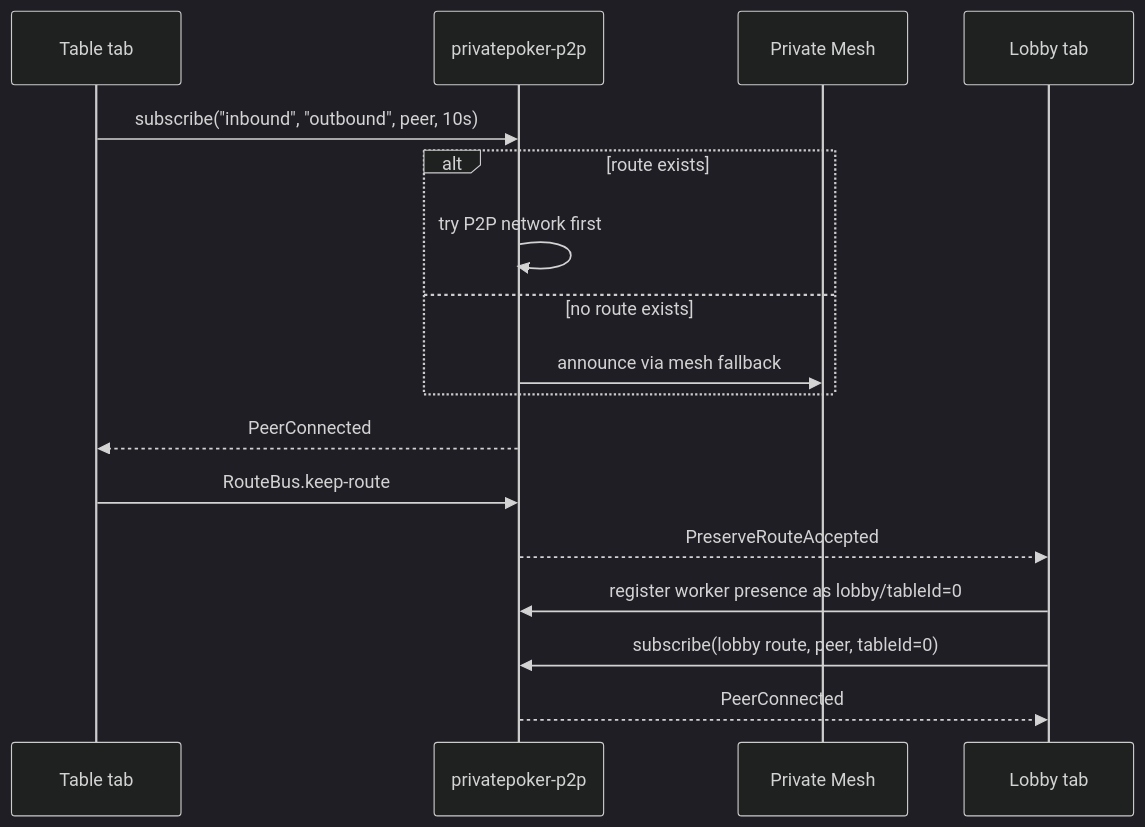
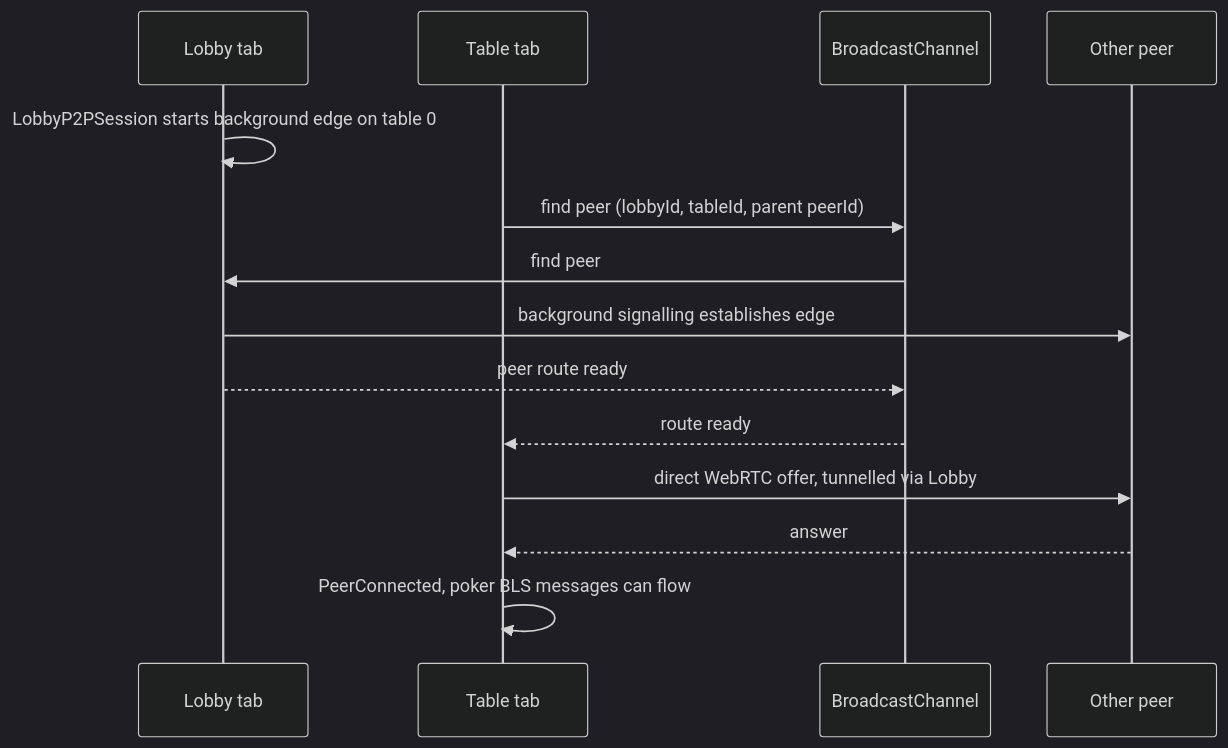
One commit to Imperfect-Protocol/private-poker-vite changed the diagram in docs/p2p.md. Above: the diagram before and after it, drawn with Mermaid (dark theme). The commit also changed other lines of this file and 13 other files, not shown here.

````diff
--- a/docs/p2p.md
+++ b/docs/p2p.md
@@ -38,20 +41,17 @@
 ```mermaid
 sequenceDiagram
+  participant Lobby as Lobby tab
   participant Table as Table tab
-  participant P2P as privatepoker-p2p
-  participant Mesh as Private Mesh
-  participant Lobby as Lobby tab
+  participant Bus as BroadcastChannel
+  participant Peer as Other peer
 
-  Table->>P2P: subscribe("inbound", "outbound", peer, 10s)
-  alt route exists
-    P2P->>P2P: try P2P network first
-  else no route exists
-    P2P->>Mesh: announce via mesh fallback
-  end
-  P2P-->>Table: PeerConnected
-  Table->>P2P: RouteBus.keep-route
-  P2P-->>Lobby: PreserveRouteAccepted
-  Lobby->>P2P: register worker presence as lobby/tableId=0
-  Lobby->>P2P: subscribe(lobby route, peer, tableId=0)
-  P2P-->>Lobby: PeerConnected
+  Lobby->>Lobby: LobbyP2PSession starts background edge on table 0
+  Table->>Bus: find peer (lobbyId, tableId, parent peerId)
+  Bus->>Lobby: find peer
+  Lobby->>Peer: background signalling establishes edge
+  Lobby-->>Bus: peer route ready
+  Bus-->>Table: route ready
+  Table->>Peer: direct WebRTC offer, tunnelled via Lobby
+  Peer-->>Table: answer
+  Table->>Table: PeerConnected, poker BLS messages can flow
 ```
````
